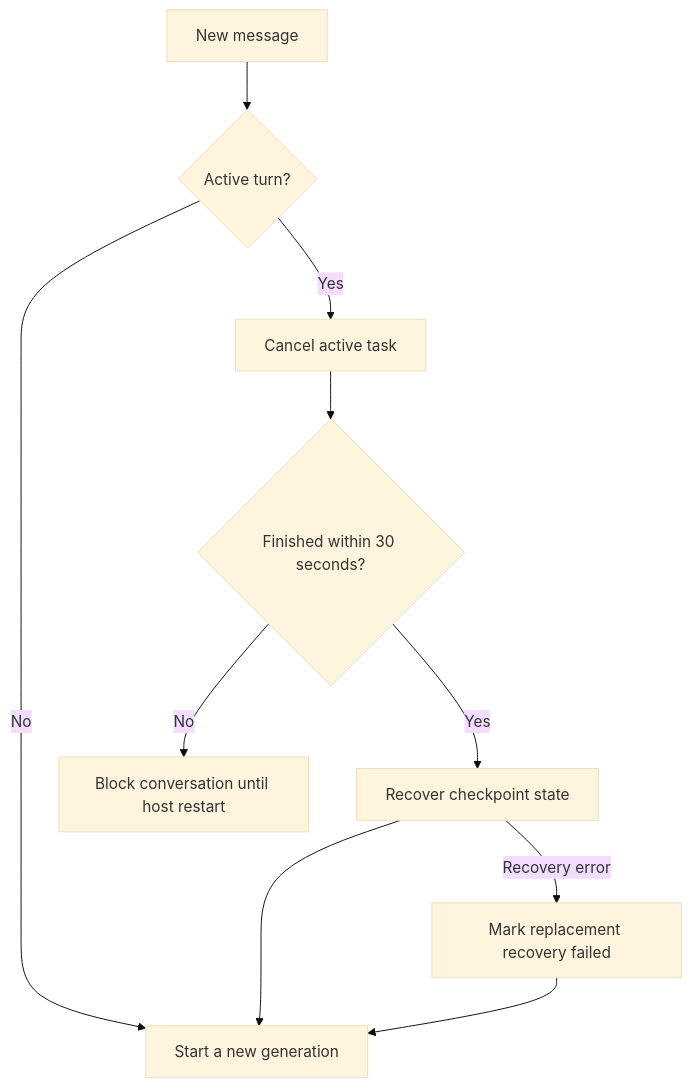
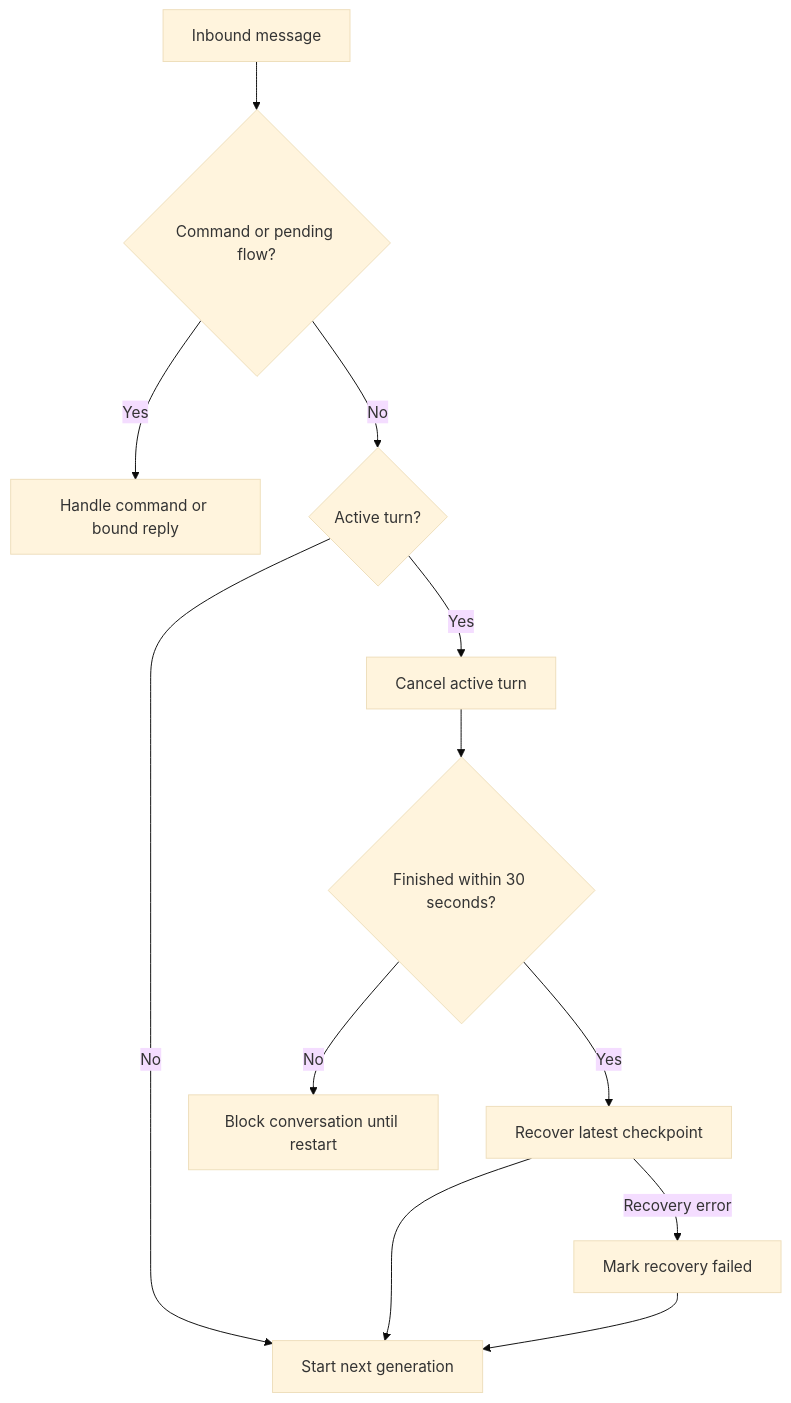
Before and after one commit to langchain-ai/deepagents: the second of 3 diagrams in openwiki/integrations/talon.md, drawn with Mermaid (base theme). The commit also changed other lines of this file and 28 other files, not shown here.

````diff
--- a/openwiki/integrations/talon.md
+++ b/openwiki/integrations/talon.md
@@ -71,12 +75,14 @@
 ```mermaid
 flowchart TD
-    Incoming["New message"] --> Active{"Active turn?"}
-    Active -->|No| Start["Start a new generation"]
-    Active -->|Yes| Cancel["Cancel active task"]
+    Incoming["Inbound message"] --> Command{"Command or pending flow?"}
+    Command -->|Yes| Handle["Handle command or bound reply"]
+    Command -->|No| Active{"Active turn?"}
+    Active -->|No| Begin["Start next generation"]
+    Active -->|Yes| Cancel["Cancel active turn"]
     Cancel --> Finished{"Finished within 30 seconds?"}
-    Finished -->|Yes| Recover["Recover checkpoint state"]
-    Recover --> Start
-    Recover -->|Recovery error| Degraded["Mark replacement recovery failed"]
-    Degraded --> Start
-    Finished -->|No| Blocked["Block conversation until host restart"]
+    Finished -->|Yes| Recover["Recover latest checkpoint"]
+    Recover --> Begin
+    Recover -->|Recovery error| Degraded["Mark recovery failed"]
+    Degraded --> Begin
+    Finished -->|No| Blocked["Block conversation until restart"]
 ```
````
